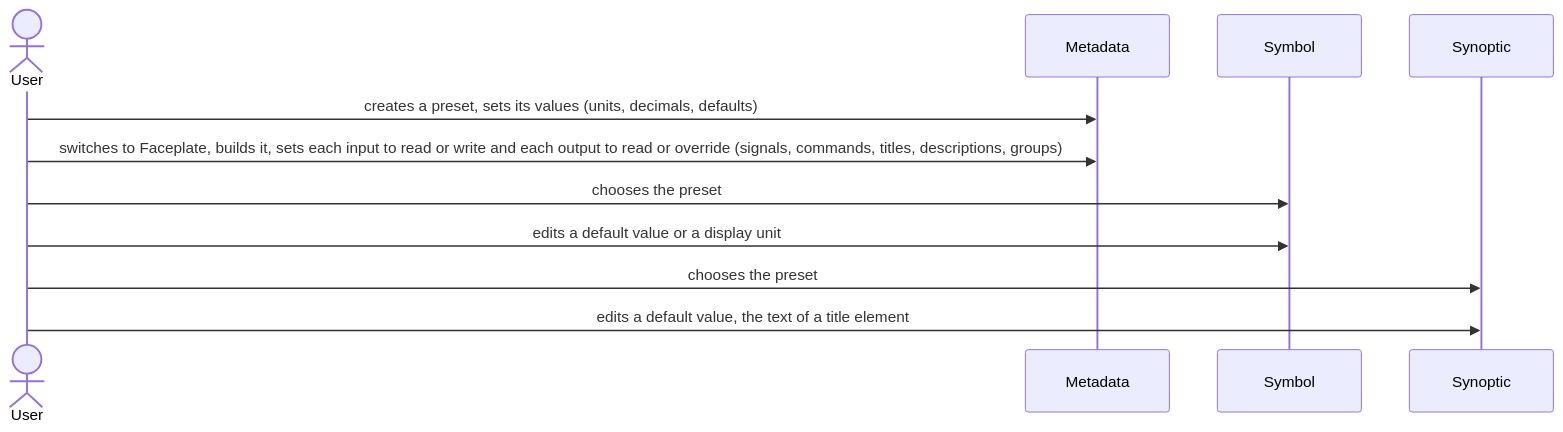
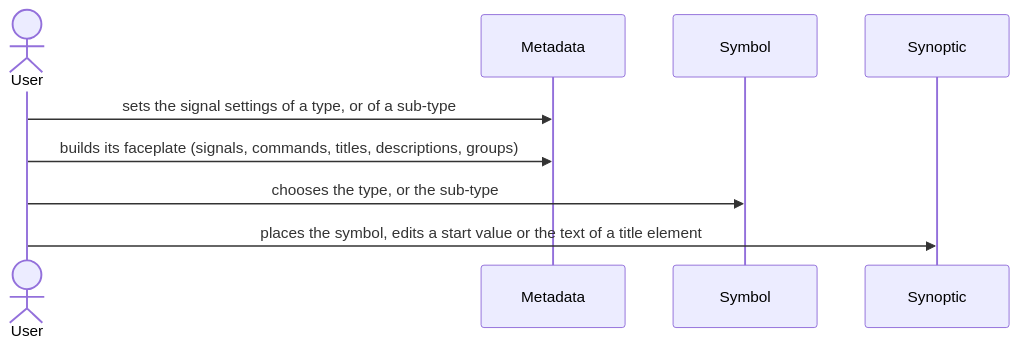
One commit to AlexandreGallais/synoptic-studio-spec changed diagram 41 of 50 in metadata/draft.md. Above: the diagram before and after it, drawn with Mermaid. The commit also changed other lines of this file and 65 other files, not shown here.

````diff
--- a/metadata/draft.md
+++ b/metadata/draft.md
@@ -1346,13 +1277,11 @@
 ```mermaid
 sequenceDiagram
     actor U as User
     participant MD as Metadata
     participant SY as Symbol
     participant SN as Synoptic
-    U->>MD: creates a preset, sets its values (units, decimals, defaults)
-    U->>MD: switches to Faceplate, builds it, sets each input to read or write and each output to read or override (signals, commands, titles, descriptions, groups)
-    U->>SY: chooses the preset
-    U->>SY: edits a default value or a display unit
-    U->>SN: chooses the preset
-    U->>SN: edits a default value, the text of a title element
+    U->>MD: sets the signal settings of a type, or of a sub-type
+    U->>MD: builds its faceplate (signals, commands, titles, descriptions, groups)
+    U->>SY: chooses the type, or the sub-type
+    U->>SN: places the symbol, edits a start value or the text of a title element
 ```
````
